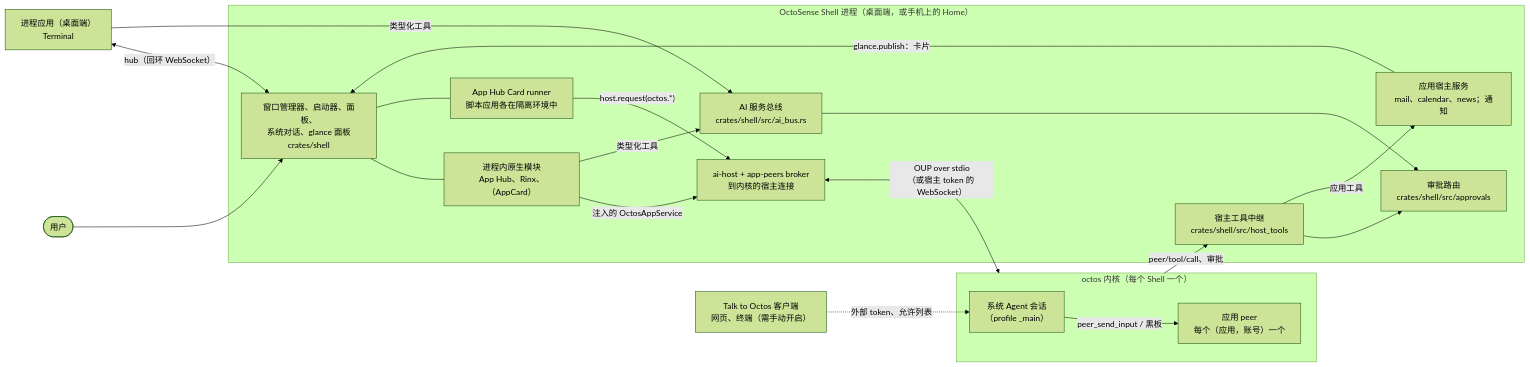
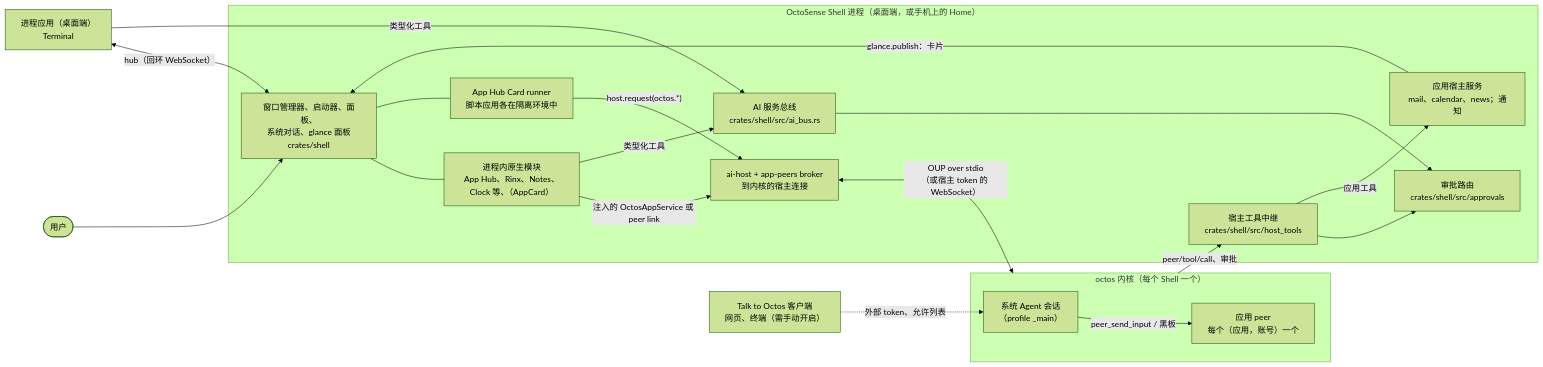
One commit to OctoSense-org/OctoSense changed the first of 5 diagrams in docs/architecture.zh-CN.md. Above: the diagram before and after it, drawn with Mermaid (forest theme). The commit also changed other lines of this file and 24 other files, not shown here.

````diff
--- a/docs/architecture.zh-CN.md
+++ b/docs/architecture.zh-CN.md
@@ -39,36 +37,36 @@
 ```mermaid
 flowchart LR
   person(["用户"])
   subgraph shellp["OctoSense Shell 进程（桌面端，或手机上的 Home）"]
     wm["窗口管理器、启动器、面板、<br/>系统对话、glance 面板<br/>crates/shell"]
-    mods["进程内原生模块<br/>App Hub、Rinx、（AppCard）"]
+    mods["进程内原生模块<br/>App Hub、Rinx、Notes、Clock 等、（AppCard）"]
     runner["App Hub Card runner<br/>脚本应用各在隔离环境中"]
     router["审批路由<br/>crates/shell/src/approvals"]
     aihost["ai-host + app-peers broker<br/>到内核的宿主连接"]
     relay["宿主工具中继<br/>crates/shell/src/host_tools"]
     svc["应用宿主服务<br/>mail、calendar、news；通知"]
     bus["AI 服务总线<br/>crates/shell/src/ai_bus.rs"]
   end
   term["进程应用（桌面端）<br/>Terminal"]
   subgraph kern["octos 内核（每个 Shell 一个）"]
     sys["系统 Agent 会话<br/>（profile _main）"]
     peers["应用 peer<br/>每个（应用，账号）一个"]
   end
   ext["Talk to Octos 客户端<br/>网页、终端（需手动开启）"]
   person --> wm
   wm --- mods
   wm --- runner
   term <-->|"hub（回环 WebSocket）"| wm
-  mods -- "注入的 OctosAppService" --> aihost
+  mods -- "注入的 OctosAppService 或 peer link" --> aihost
   runner -- "host.request(octos.*)" --> aihost
   aihost <-->|"OUP over stdio<br/>（或宿主 token 的 WebSocket）"| kern
   sys -- "peer_send_input / 黑板" --> peers
   ext -. "外部 token、允许列表" .-> sys
   kern -- "peer/tool/call、审批" --> relay
   relay --> router
   relay -- "应用工具" --> svc
   svc -- "glance.publish：卡片" --> wm
   term -- "类型化工具" --> bus
   mods -- "类型化工具" --> bus
   bus --> router
 ```
````
